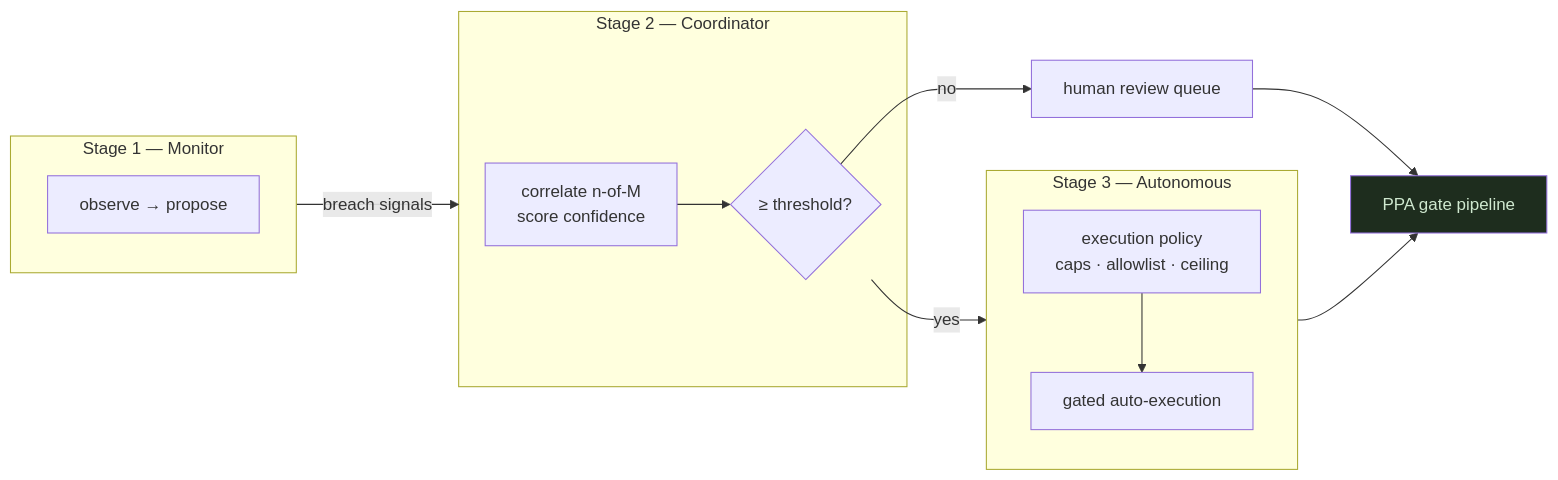
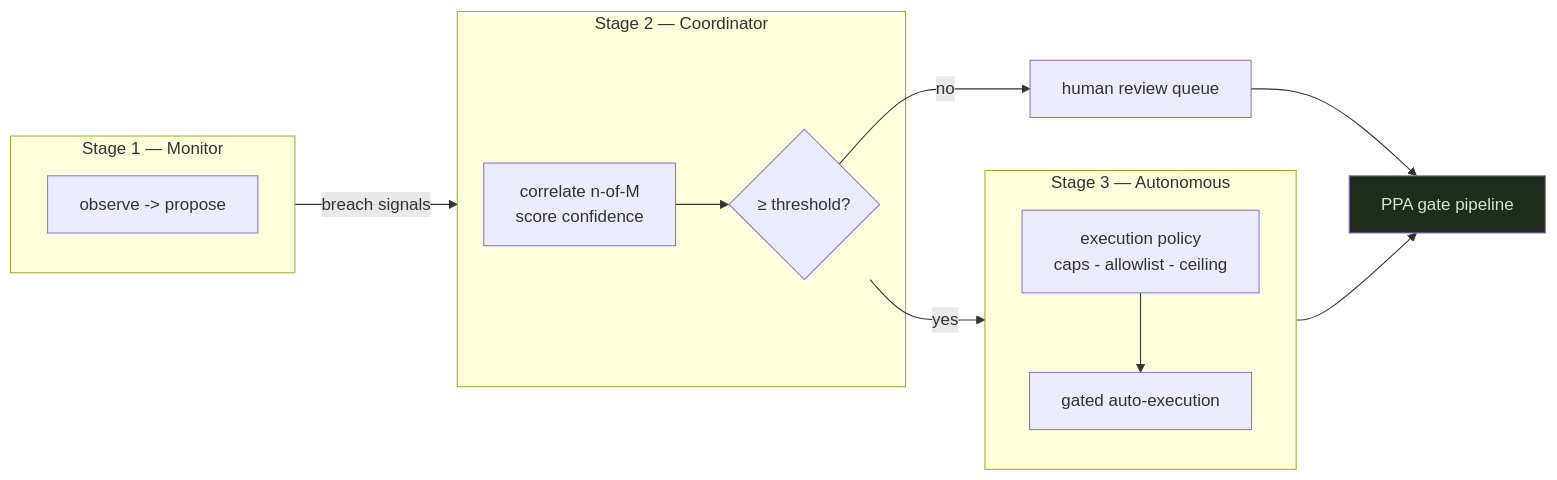
The fifth of 6 diagrams in primitives/ppa/INTELLIGENT_ACCOUNT_WHITEPAPER.md (etvjay/Nomos), drawn with Mermaid before and after one commit. The commit also changed other lines of this file and 2 other files, not shown here.

Commit message:
whitepapers: sanitize mermaid blocks — replace middle-dot and unicode arrows with ASCII (GitHub renderer compatibility)

````diff
--- a/primitives/ppa/INTELLIGENT_ACCOUNT_WHITEPAPER.md
+++ b/primitives/ppa/INTELLIGENT_ACCOUNT_WHITEPAPER.md
@@ -180,18 +180,18 @@
 ```mermaid
 flowchart LR
     subgraph T1["Stage 1 — Monitor"]
-        M1["observe → propose"]
+        M1["observe -> propose"]
     end
     subgraph T2["Stage 2 — Coordinator"]
         M2["correlate n-of-M<br/>score confidence"] --> ESC{"≥ threshold?"}
     end
     subgraph T3["Stage 3 — Autonomous"]
-        POLICY["execution policy<br/>caps · allowlist · ceiling"] --> EXEC["gated auto-execution"]
+        POLICY["execution policy<br/>caps - allowlist - ceiling"] --> EXEC["gated auto-execution"]
     end
     T1 -->|"breach signals"| T2
     ESC -->|"yes"| T3
     ESC -->|"no"| HUMAN["human review queue"]
     T3 --> GATES["PPA gate pipeline"]
     HUMAN --> GATES
     style GATES fill:#1e2d1e,color:#cfe8cf
 ```
````
